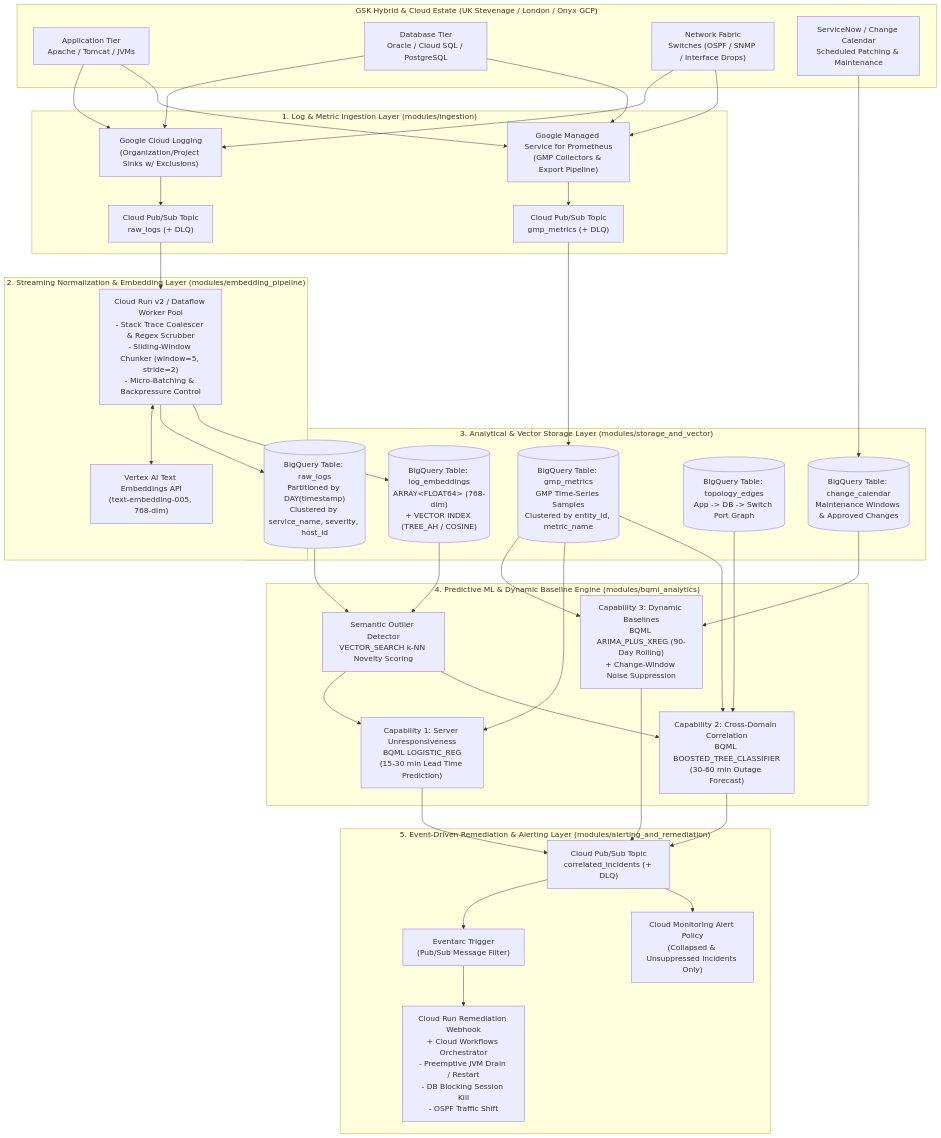
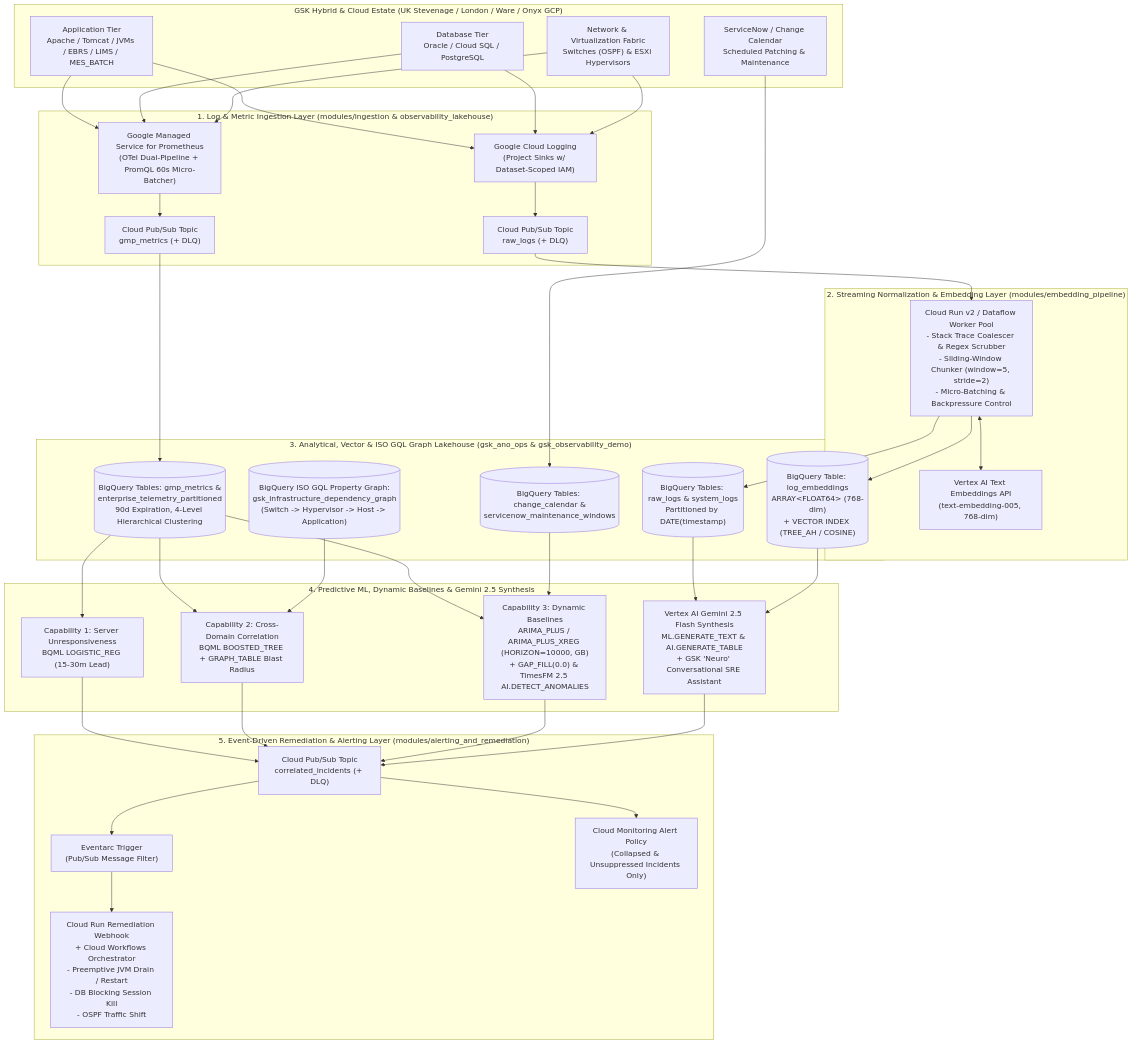
Before and after one commit to saffiali/gsk-ano-autonomous-ops: the diagram in README.md, drawn with Mermaid. The commit also changed other lines of this file and 24 other files, not shown here.

Commit message:
feat(observability): add GSK Enterprise Observability Platform MVP ('Neuro'), ISO GQL Property Graph, BQML/TimesFM baselines, EBRS cascading seeder, and 30/30 E2E validation suite

````diff
--- a/README.md
+++ b/README.md
@@ -28,64 +29,64 @@
 ```mermaid
 flowchart TB
-    subgraph Estate["GSK Hybrid & Cloud Estate (UK Stevenage / London / Onyx GCP)"]
-        App["Application Tier<br/>Apache / Tomcat / JVMs"]
+    subgraph Estate["GSK Hybrid & Cloud Estate (UK Stevenage / London / Ware / Onyx GCP)"]
+        App["Application Tier<br/>Apache / Tomcat / JVMs / EBRS / LIMS / MES_BATCH"]
         DB["Database Tier<br/>Oracle / Cloud SQL / PostgreSQL"]
-        Net["Network Fabric<br/>Switches (OSPF / SNMP / Interface Drops)"]
+        Net["Network & Virtualization Fabric<br/>Switches (OSPF) & ESXi Hypervisors"]
         CMDB["ServiceNow / Change Calendar<br/>Scheduled Patching & Maintenance"]
     end
 
-    subgraph Ingestion["1. Log & Metric Ingestion Layer (modules/ingestion)"]
-        CL["Google Cloud Logging<br/>(Organization/Project Sinks w/ Exclusions)"]
-        GMP["Google Managed Service for Prometheus<br/>(GMP Collectors & Export Pipeline)"]
+    subgraph Ingestion["1. Log & Metric Ingestion Layer (modules/ingestion & observability_lakehouse)"]
+        CL["Google Cloud Logging<br/>(Project Sinks w/ Dataset-Scoped IAM)"]
+        GMP["Google Managed Service for Prometheus<br/>(OTel Dual-Pipeline + PromQL 60s Micro-Batcher)"]
         PS_Logs["Cloud Pub/Sub Topic<br/>raw_logs (+ DLQ)"]
         PS_Metrics["Cloud Pub/Sub Topic<br/>gmp_metrics (+ DLQ)"]
     end
 
     subgraph StreamingPipeline["2. Streaming Normalization & Embedding Layer (modules/embedding_pipeline)"]
         DF["Cloud Run v2 / Dataflow Worker Pool<br/>- Stack Trace Coalescer & Regex Scrubber<br/>- Sliding-Window Chunker (window=5, stride=2)<br/>- Micro-Batching & Backpressure Control"]
         VAI["Vertex AI Text Embeddings API<br/>(text-embedding-005, 768-dim)"]
     end
 
-    subgraph StorageAndVector["3. Analytical & Vector Storage Layer (modules/storage_and_vector)"]
-        BQ_Raw[("BigQuery Table: raw_logs<br/>Partitioned by DAY(timestamp)<br/>Clustered by service_name, severity, host_id")]
+    subgraph StorageAndVector["3. Analytical, Vector & ISO GQL Graph Lakehouse (gsk_ano_ops & gsk_observability_demo)"]
+        BQ_Raw[("BigQuery Tables: raw_logs & system_logs<br/>Partitioned by DATE(timestamp)")]
         BQ_Vec[("BigQuery Table: log_embeddings<br/>ARRAY&lt;FLOAT64&gt; (768-dim)<br/>+ VECTOR INDEX (TREE_AH / COSINE)")]
-        BQ_Met[("BigQuery Table: gmp_metrics<br/>GMP Time-Series Samples<br/>Clustered by entity_id, metric_name")]
-        BQ_Topo[("BigQuery Table: topology_edges<br/>App -> DB -> Switch Port Graph")]
-        BQ_Cal[("BigQuery Table: change_calendar<br/>Maintenance Windows & Approved Changes")]
+        BQ_Met[("BigQuery Tables: gmp_metrics &<br/>enterprise_telemetry_partitioned<br/>90d Expiration, 4-Level Hierarchical Clustering")]
+        BQ_Topo[("BigQuery ISO GQL Property Graph:<br/>gsk_infrastructure_dependency_graph<br/>(Switch -> Hypervisor -> Host -> Application)")]
+        BQ_Cal[("BigQuery Tables: change_calendar &<br/>servicenow_maintenance_windows")]
     end
 
-    subgraph ML_Analytics["4. Predictive ML & Dynamic Baseline Engine (modules/bqml_analytics)"]
-        M_Unresp["Capability 1: Server Unresponsiveness<br/>BQML LOGISTIC_REG<br/>(15-30 min Lead Time Prediction)"]
-        M_Cross["Capability 2: Cross-Domain Correlation<br/>BQML BOOSTED_TREE_CLASSIFIER<br/>(30-60 min Outage Forecast)"]
-        M_Base["Capability 3: Dynamic Baselines<br/>BQML ARIMA_PLUS_XREG (90-Day Rolling)<br/>+ Change-Window Noise Suppression"]
-        M_Outlier["Semantic Outlier Detector<br/>VECTOR_SEARCH k-NN Novelty Scoring"]
+    subgraph ML_Analytics["4. Predictive ML, Dynamic Baselines & Gemini 2.5 Synthesis"]
+        M_Unresp["Capability 1: Server Unresponsiveness<br/>BQML LOGISTIC_REG (15-30m Lead)"]
+        M_Cross["Capability 2: Cross-Domain Correlation<br/>BQML BOOSTED_TREE + GRAPH_TABLE Blast Radius"]
+        M_Base["Capability 3: Dynamic Baselines<br/>ARIMA_PLUS / ARIMA_PLUS_XREG (HORIZON=10000, GB)<br/>+ GAP_FILL(0.0) & TimesFM 2.5 AI.DETECT_ANOMALIES"]
+        M_Gem["Vertex AI Gemini 2.5 Flash Synthesis<br/>ML.GENERATE_TEXT & AI.GENERATE_TABLE<br/>+ GSK 'Neuro' Conversational SRE Assistant"]
     end
 
     subgraph Remediation["5. Event-Driven Remediation & Alerting Layer (modules/alerting_and_remediation)"]
         PS_Inc["Cloud Pub/Sub Topic<br/>correlated_incidents (+ DLQ)"]
         EA["Eventarc Trigger<br/>(Pub/Sub Message Filter)"]
         CR_Rem["Cloud Run Remediation Webhook<br/>+ Cloud Workflows Orchestrator<br/>- Preemptive JVM Drain / Restart<br/>- DB Blocking Session Kill<br/>- OSPF Traffic Shift"]
         CM_Alert["Cloud Monitoring Alert Policy<br/>(Collapsed & Unsuppressed Incidents Only)"]
     end
 
     App & DB & Net --> CL
     App & DB & Net --> GMP
     CL --> PS_Logs
     GMP --> PS_Metrics
     CMDB --> BQ_Cal
 
     PS_Logs --> DF
     DF <--> VAI
     DF --> BQ_Raw
     DF --> BQ_Vec
     PS_Metrics --> BQ_Met
 
-    BQ_Raw & BQ_Vec --> M_Outlier
+    BQ_Raw & BQ_Vec --> M_Gem
     BQ_Met & BQ_Cal --> M_Base
-    BQ_Met & M_Outlier --> M_Unresp
-    BQ_Met & BQ_Topo & M_Outlier --> M_Cross
+    BQ_Met --> M_Unresp
+    BQ_Met & BQ_Topo --> M_Cross
 
-    M_Unresp & M_Cross & M_Base --> PS_Inc
+    M_Unresp & M_Cross & M_Base & M_Gem --> PS_Inc
     PS_Inc --> EA --> CR_Rem
     PS_Inc --> CM_Alert
 ```
````
